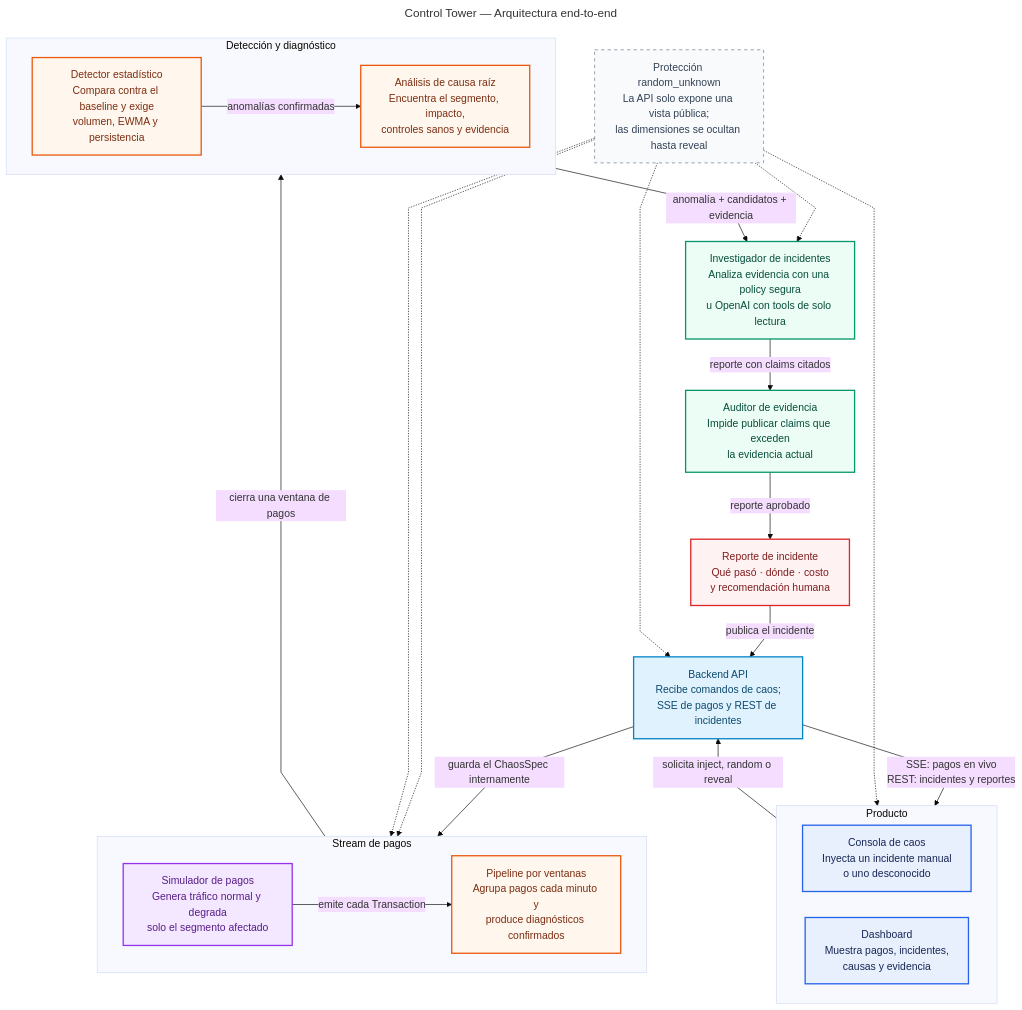
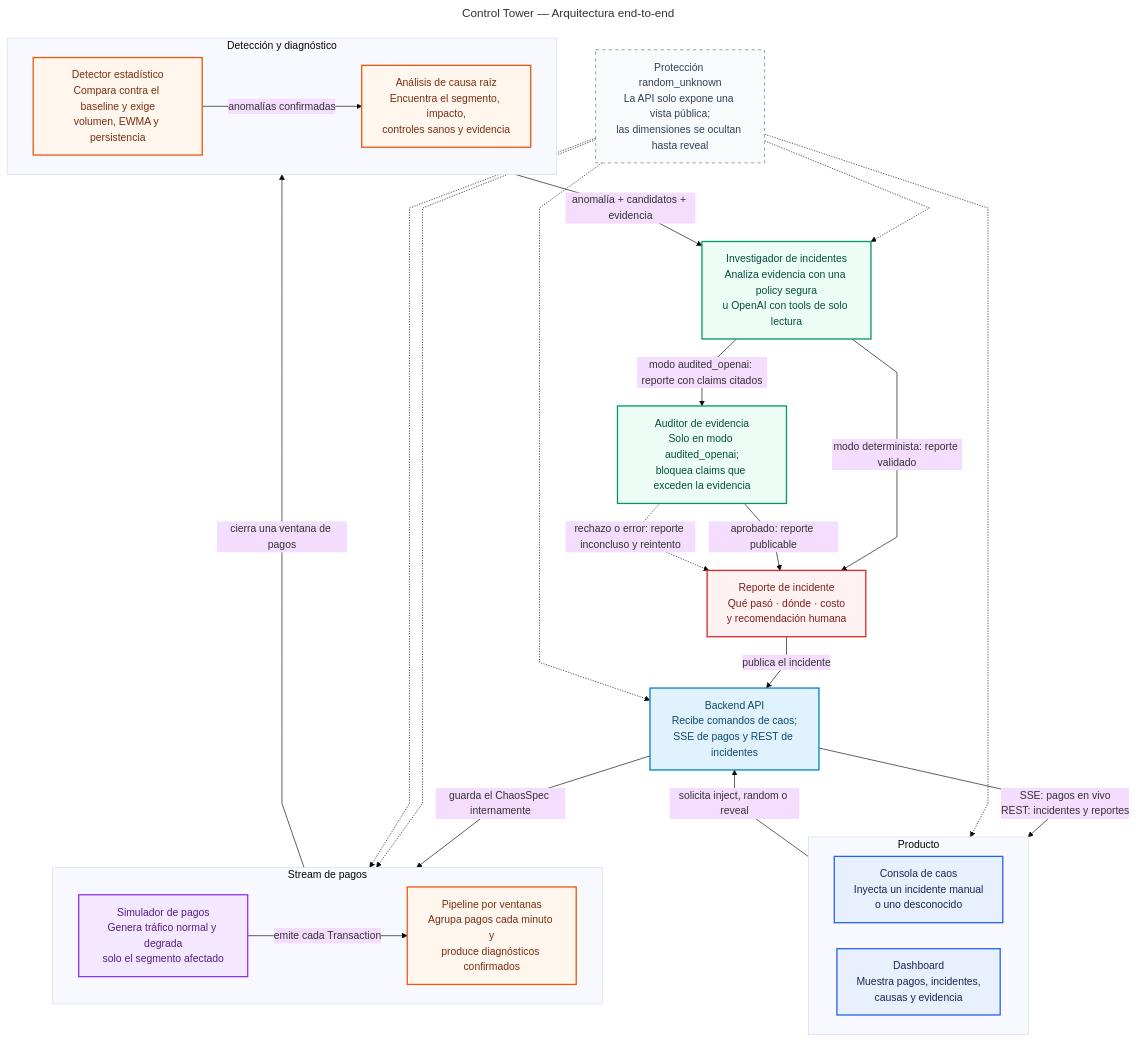
One commit to lcaminoa/NextWave_gillbates changed the diagram in docs/ARCHITECTURE.mmd. Above: the diagram before and after it, drawn with Mermaid.

Commit message:
pulido del diagrama de flujos

```diff
--- a/docs/ARCHITECTURE.mmd
+++ b/docs/ARCHITECTURE.mmd
@@ -1,67 +1,69 @@
 ---
 title: Control Tower — Arquitectura end-to-end
 config:
   theme: base
   flowchart:
     curve: linear
     nodeSpacing: 40
     rankSpacing: 55
 ---
 flowchart TB
     subgraph Product["Producto"]
         direction LR
         Chaos["Consola de caos<br/>Inyecta un incidente manual<br/>o uno desconocido"]
         Dashboard["Dashboard<br/>Muestra pagos, incidentes,<br/>causas y evidencia"]
     end
 
     API["Backend API<br/>Recibe comandos de caos;<br/>SSE de pagos y REST de incidentes"]
 
     subgraph Stream["Stream de pagos"]
         direction LR
         Simulator["Simulador de pagos<br/>Genera tráfico normal y degrada<br/>solo el segmento afectado"]
         Pipeline["Pipeline por ventanas<br/>Agrupa pagos cada minuto y<br/>produce diagnósticos confirmados"]
     end
 
     subgraph Diagnosis["Detección y diagnóstico"]
         direction LR
         Detection["Detector estadístico<br/>Compara contra el baseline y exige<br/>volumen, EWMA y persistencia"]
         RCA["Análisis de causa raíz<br/>Encuentra el segmento, impacto,<br/>controles sanos y evidencia"]
     end
 
     Investigator["Investigador de incidentes<br/>Analiza evidencia con una policy segura<br/>u OpenAI con tools de solo lectura"]
-    Auditor["Auditor de evidencia<br/>Impide publicar claims que exceden<br/>la evidencia actual"]
+    Auditor["Auditor de evidencia<br/>Solo en modo audited_openai;<br/>bloquea claims que exceden la evidencia"]
     Report["Reporte de incidente<br/>Qué pasó · dónde · costo<br/>y recomendación humana"]
 
     Chaos -->|"solicita inject, random o reveal"| API
     API -->|"guarda el ChaosSpec internamente"| Simulator
     Simulator -->|"emite cada Transaction"| Pipeline
     Pipeline -->|"cierra una ventana de pagos"| Detection
     Detection -->|"anomalías confirmadas"| RCA
     RCA -->|"anomalía + candidatos + evidencia"| Investigator
-    Investigator -->|"reporte con claims citados"| Auditor
-    Auditor -->|"reporte aprobado"| Report
+    Investigator -->|"modo determinista: reporte validado"| Report
+    Investigator -->|"modo audited_openai: reporte con claims citados"| Auditor
+    Auditor -->|"aprobado: reporte publicable"| Report
+    Auditor -.->|"rechazo o error: reporte inconcluso y reintento"| Report
     Report -->|"publica el incidente"| API
     API -->|"SSE: pagos en vivo<br/>REST: incidentes y reportes"| Dashboard
 
     Secret["Protección random_unknown<br/>La API solo expone una vista pública;<br/>las dimensiones se ocultan hasta reveal"]
     Secret -.-> Chaos
     Secret -.-> API
     Secret -.-> Simulator
     Secret -.-> Pipeline
     Secret -.-> Investigator
 
     classDef product fill:#E8F0FE,stroke:#2563EB,color:#172554,stroke-width:2px;
     classDef backend fill:#E0F2FE,stroke:#0284C7,color:#0C4A6E,stroke-width:2px;
     classDef simulation fill:#F3E8FF,stroke:#9333EA,color:#581C87,stroke-width:2px;
     classDef detection fill:#FFF7ED,stroke:#EA580C,color:#7C2D12,stroke-width:2px;
     classDef investigator fill:#ECFDF5,stroke:#059669,color:#064E3B,stroke-width:2px;
     classDef report fill:#FEF2F2,stroke:#DC2626,color:#7F1D1D,stroke-width:2px;
     classDef note fill:#F8FAFC,stroke:#64748B,color:#334155,stroke-dasharray: 5 5;
 
     class Chaos,Dashboard product;
     class API backend;
     class Simulator simulation;
     class Pipeline,Detection,RCA detection;
     class Investigator,Auditor investigator;
     class Report report;
     class Secret note;
```
